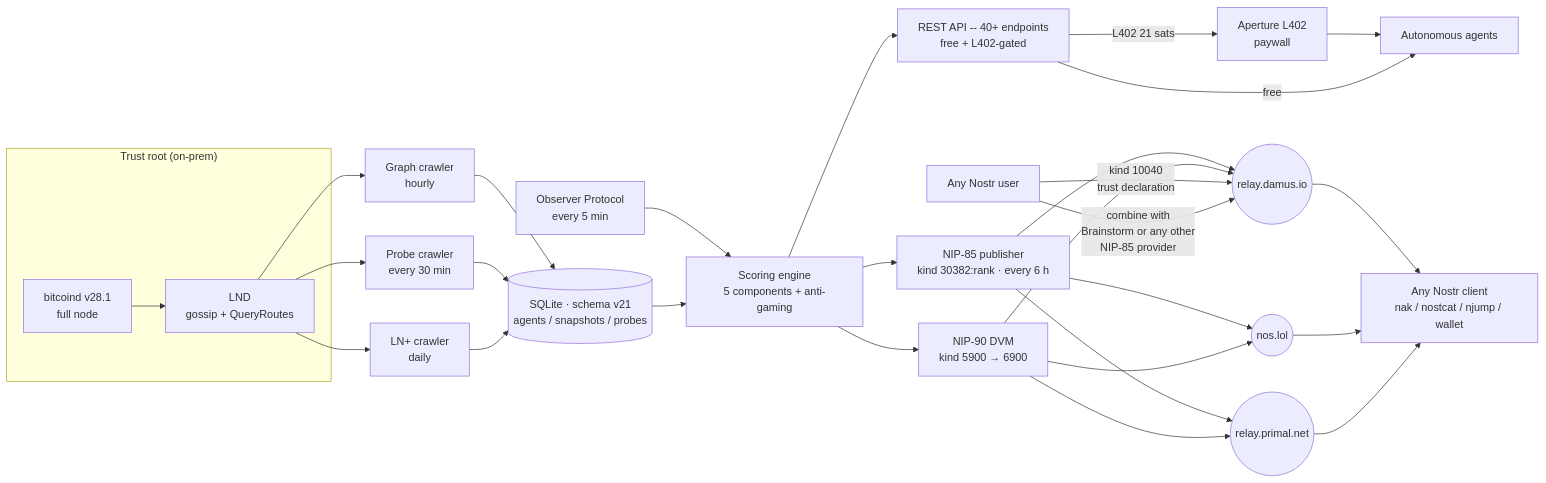
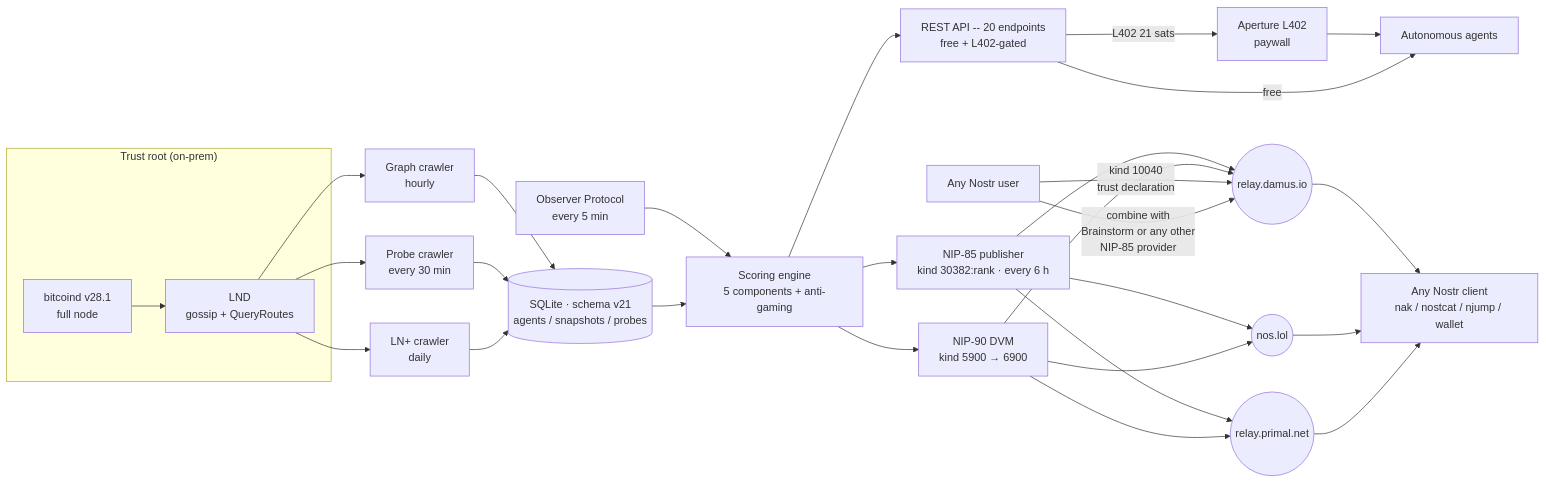
One commit to proofoftrust21/satrank changed the diagram in IMPACT-STATEMENT-FULL.md. Above: the diagram before and after it, drawn with Mermaid. The commit also changed other lines of this file and 5 other files, not shown here.

````diff
--- a/IMPACT-STATEMENT-FULL.md
+++ b/IMPACT-STATEMENT-FULL.md
@@ -47,41 +47,41 @@
 ```mermaid
 flowchart LR
   subgraph TrustRoot["Trust root (on-prem)"]
     BTC[bitcoind v28.1<br/>full node]
     LND[LND<br/>gossip + QueryRoutes]
   end
 
   BTC --> LND
 
   LND --> GC[Graph crawler<br/>hourly]
   LND --> PC[Probe crawler<br/>every 30 min]
   LND --> LP[LN+ crawler<br/>daily]
   OBS[Observer Protocol<br/>every 5 min] --> SE
 
   GC --> DB[(SQLite · schema v21<br/>agents / snapshots / probes)]
   PC --> DB
   LP --> DB
 
   DB --> SE[Scoring engine<br/>5 components + anti-gaming]
 
-  SE --> API[REST API -- 40+ endpoints<br/>free + L402-gated]
+  SE --> API[REST API -- 20 endpoints<br/>free + L402-gated]
   SE --> NP[NIP-85 publisher<br/>kind 30382:rank · every 6 h]
   SE --> DVM[NIP-90 DVM<br/>kind 5900 → 6900]
 
   NP --> R1((relay.damus.io))
   NP --> R2((nos.lol))
   NP --> R3((relay.primal.net))
   DVM --> R1
   DVM --> R2
   DVM --> R3
 
   API -->|L402 21 sats| L402[Aperture L402<br/>paywall]
   L402 --> AGENTS[Autonomous agents]
   API -->|free| AGENTS
   R1 --> CLIENTS[Any Nostr client<br/>nak / nostcat / njump / wallet]
   R2 --> CLIENTS
   R3 --> CLIENTS
 
   USER[Any Nostr user] -->|kind 10040<br/>trust declaration| R1
   USER -->|combine with<br/>Brainstorm or any other<br/>NIP-85 provider| R1
 ```
````
